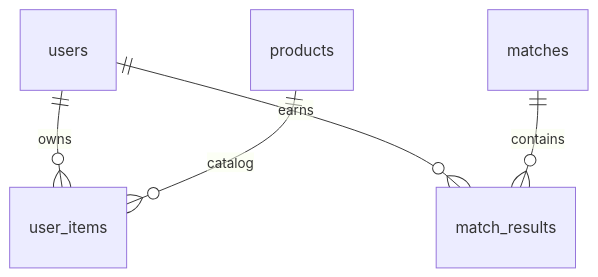
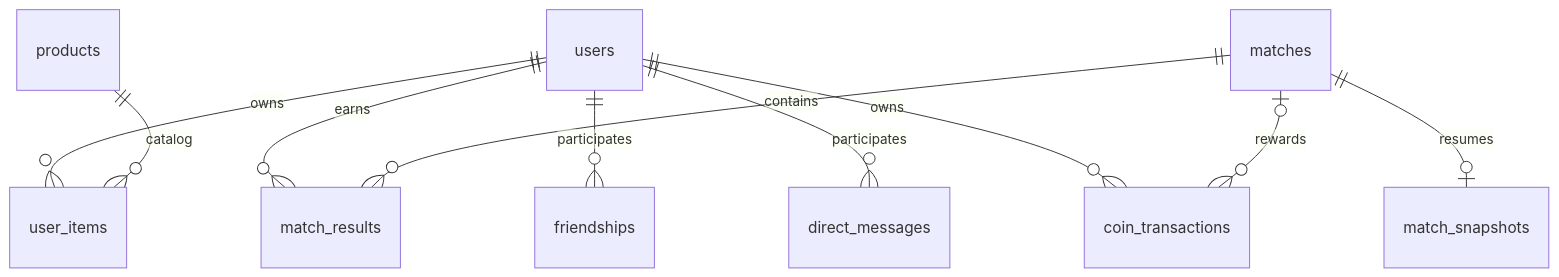
One commit to nguyenvanhieu200500-ctrl/Memory_game changed the diagram in docs/database.md. Above: the diagram before and after it, drawn with Mermaid. The commit also changed other lines of this file and 16 other files, not shown here.

````diff
--- a/docs/database.md
+++ b/docs/database.md
@@ -7,7 +7,12 @@
 ```mermaid
 erDiagram
     users ||--o{ user_items : owns
     products ||--o{ user_items : catalog
     users ||--o{ match_results : earns
     matches ||--o{ match_results : contains
+    matches ||--o| match_snapshots : resumes
+    users ||--o{ friendships : participates
+    users ||--o{ direct_messages : participates
+    users ||--o{ coin_transactions : owns
+    matches |o--o{ coin_transactions : rewards
 ```
````
